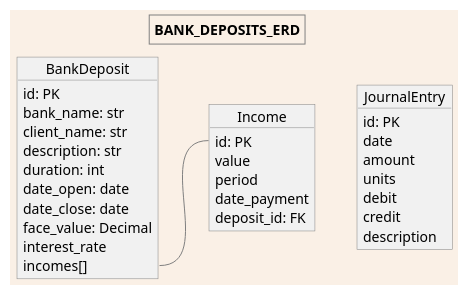
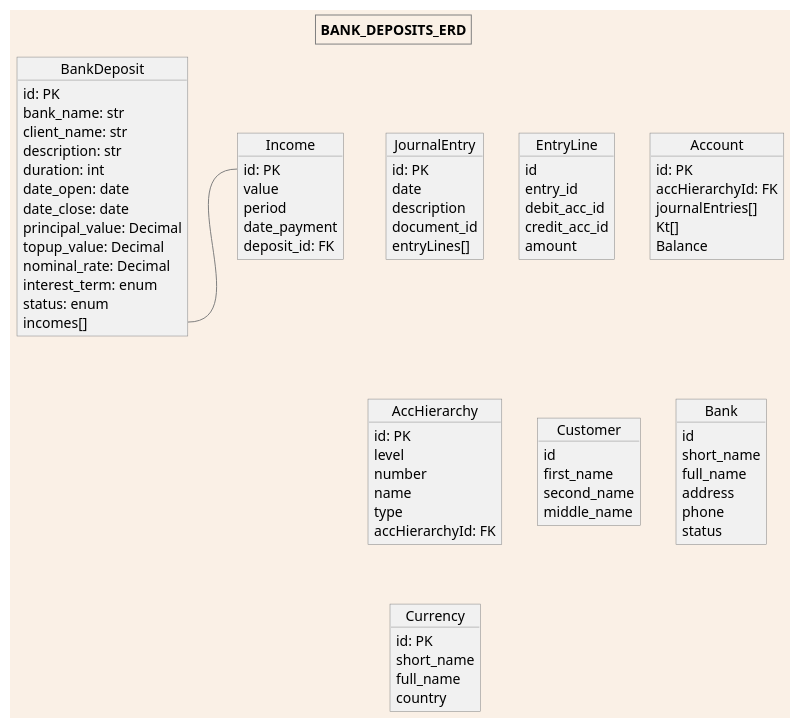
The diagram in erd/deposits.puml (smdyan/depo24), drawn with PlantUML before and after one commit. The commit also changed 8 other files, not shown here.

```diff
--- a/erd/deposits.puml
+++ b/erd/deposits.puml
@@ -1,51 +1,99 @@
 @startuml depo_erd
 'https://plantuml.com/object-diagram
 'Opt+D to Preview
 
 <style>
     document {
         BackGroundColor Linen
     }
     root {
         FontColor #?black:white
         LineColor gray
     }
 </style>
 
 title BANK_DEPOSITS_ERD
 
 object BankDeposit {
     id: PK
     bank_name: str
     client_name: str
     description: str
     duration: int
     date_open: date
     date_close: date
-    face_value: Decimal
-    interest_rate
+    principal_value: Decimal
+    topup_value: Decimal
+    nominal_rate: Decimal
+    interest_term: enum
+    status: enum
     incomes[]
 }
 
 object Income {
     id: PK
     value
     period
     date_payment
     deposit_id: FK
 }
 
 object JournalEntry {
     id: PK
     date
+    description
+    document_id
+    entryLines[]
+}
+
+object EntryLine {
+    id
+    entry_id
+    debit_acc_id
+    credit_acc_id
     amount
-    units
-    debit
-    credit
-    description
+}
+
+object  Account {
+    id: PK
+    accHierarchyId: FK
+    journalEntries[]
+    Kt[]
+    Balance
+}
+
+object AccHierarchy {
+    id: PK
+    level
+    number
+    name
+    type
+    accHierarchyId: FK
+}
+
+object Customer {
+    id
+    first_name
+    second_name
+    middle_name
+}
+
+object Bank {
+    id
+    short_name
+    full_name
+    address
+    phone
+    status
+}
+
+object Currency {
+    id: PK
+    short_name
+    full_name
+    country
 }
 
 BankDeposit::income - Income::id
 
-
 @enduml
```
